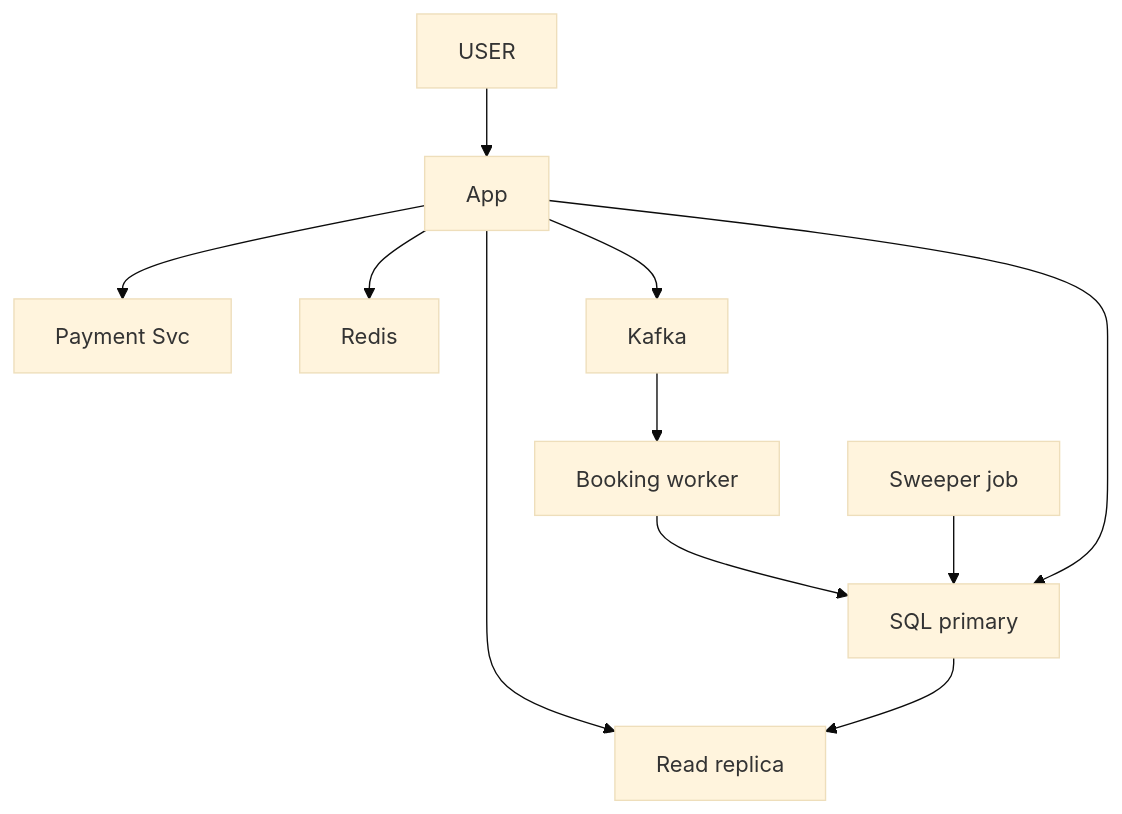
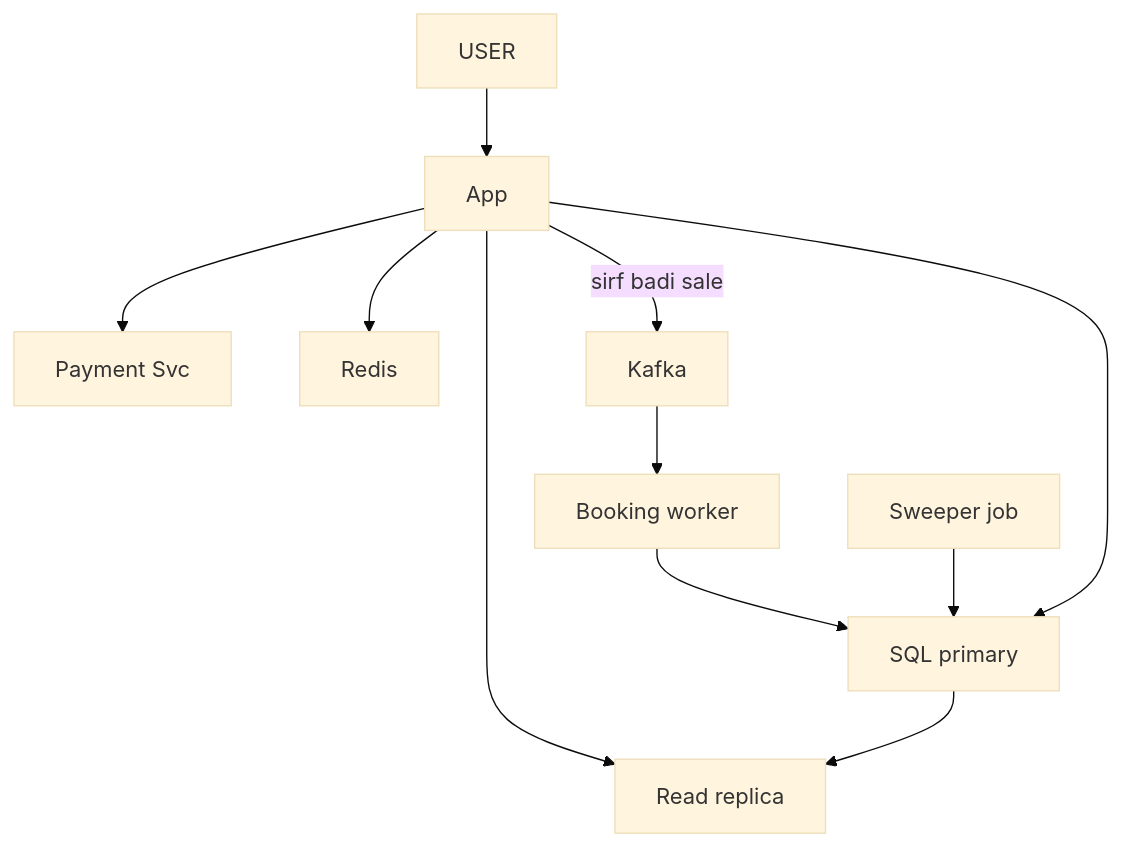
Before and after one commit to ArpanMaheshwari144/Prep: the sixth of 10 diagrams in 04_HLD/SYSTEM_DESIGNS/09_bookmyshow/09_bookmyshow_INTERVIEW.md, drawn with Mermaid (base theme). The commit also changed other lines of this file and 13 other files, not shown here.

First line of the commit message:
hld designs: fix the review findings and put each diagram right below its ILAAJ

````diff
--- a/04_HLD/SYSTEM_DESIGNS/09_bookmyshow/09_bookmyshow_INTERVIEW.md
+++ b/04_HLD/SYSTEM_DESIGNS/09_bookmyshow/09_bookmyshow_INTERVIEW.md
@@ -243,22 +229,22 @@
 ```mermaid
 flowchart TD
     n_USER["USER"]
     n_App["App"]
     n_Payment_Svc["Payment Svc"]
     n_Redis["Redis"]
     n_Read_replica["Read replica"]
     n_Kafka["Kafka"]
     n_Booking_worker["Booking worker"]
     n_SQL_primary["SQL primary"]
     n_Sweeper_job["Sweeper job"]
     n_USER --> n_App
     n_App --> n_Payment_Svc
     n_App --> n_Redis
     n_App --> n_Read_replica
-    n_App --> n_Kafka
+    n_App -->|sirf badi sale| n_Kafka
     n_Kafka --> n_Booking_worker
     n_Booking_worker --> n_SQL_primary
     n_Sweeper_job --> n_SQL_primary
     n_App --> n_SQL_primary
     n_SQL_primary --> n_Read_replica
 ```
````
